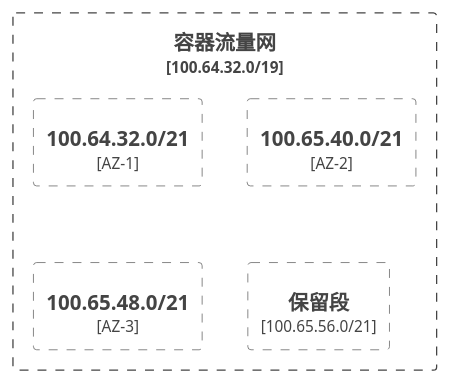
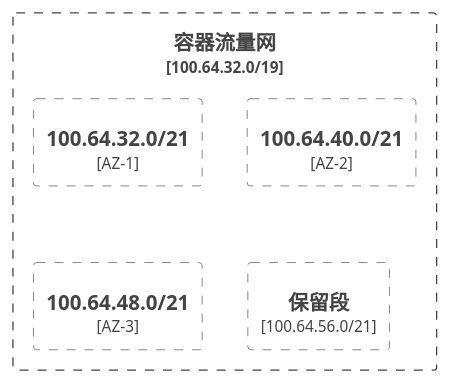
One commit to gardenerframework/impatiens changed the fifth of 9 diagrams in 云与虚拟化/调度系统/k8s/实践/k8s生产集群部署/1. 网络规划/readme.md. Above: the diagram before and after it, drawn with PlantUML. The commit also changed other lines of this file, not shown here.

````diff
--- a/云与虚拟化/调度系统/k8s/实践/k8s生产集群部署/1. 网络规划/readme.md
+++ b/云与虚拟化/调度系统/k8s/实践/k8s生产集群部署/1. 网络规划/readme.md
@@ -159,11 +167,11 @@
 ```plantuml
 @startuml
 !include  https://plantuml.s3.cn-north-1.jdcloud-oss.com/C4_Container.puml
 Boundary(容器流量网, 容器流量网, 100.64.32.0/19) {
   Boundary(容器流量网1, 100.64.32.0/21, AZ-1)
-  Boundary(容器流量网2, 100.65.40.0/21, AZ-2)
-  Boundary(容器流量网3, 100.65.48.0/21, AZ-3)
-  Boundary(容器流量网4, 保留段, 100.65.56.0/21)
+  Boundary(容器流量网2, 100.64.40.0/21, AZ-2)
+  Boundary(容器流量网3, 100.64.48.0/21, AZ-3)
+  Boundary(容器流量网4, 保留段, 100.64.56.0/21)
 }
 @enduml
 ```
````
